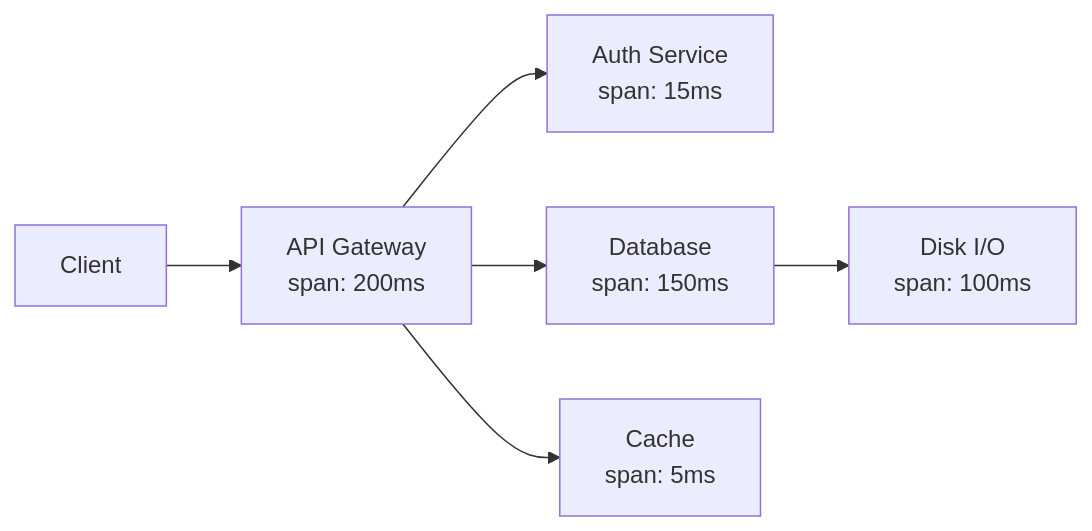
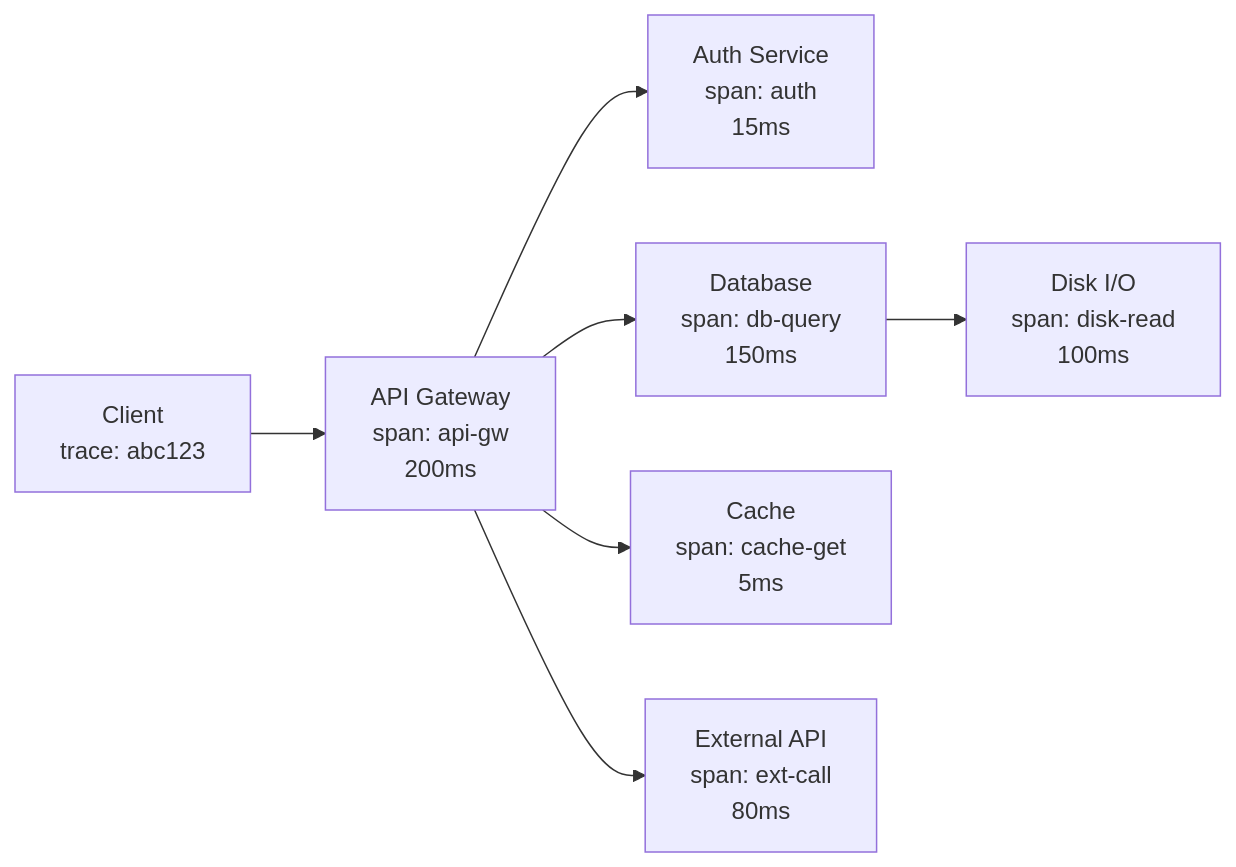
One commit to Abhinav-Kumar012/lb2 changed the third of 5 diagrams in src/observability/overview.md. Above: the diagram before and after it, drawn with Mermaid. The commit also changed other lines of this file and 1 other file, not shown here.

Commit message:
Expand sched-ext.md: BPF scheduling API, real-world schedulers, CFS comparison, Mermaid diagrams

````diff
--- a/src/observability/overview.md
+++ b/src/observability/overview.md
@@ -111,8 +360,9 @@
 ```mermaid
 graph LR
-    CLIENT["Client"] --> API["API Gateway<br/>span: 200ms"]
-    API --> AUTH["Auth Service<br/>span: 15ms"]
-    API --> DB["Database<br/>span: 150ms"]
-    API --> CACHE["Cache<br/>span: 5ms"]
-    DB --> DISK["Disk I/O<br/>span: 100ms"]
+    CLIENT["Client<br/>trace: abc123"] --> API["API Gateway<br/>span: api-gw<br/>200ms"]
+    API --> AUTH["Auth Service<br/>span: auth<br/>15ms"]
+    API --> DB["Database<br/>span: db-query<br/>150ms"]
+    API --> CACHE["Cache<br/>span: cache-get<br/>5ms"]
+    DB --> DISK["Disk I/O<br/>span: disk-read<br/>100ms"]
+    API --> EXT["External API<br/>span: ext-call<br/>80ms"]
 ```
````
